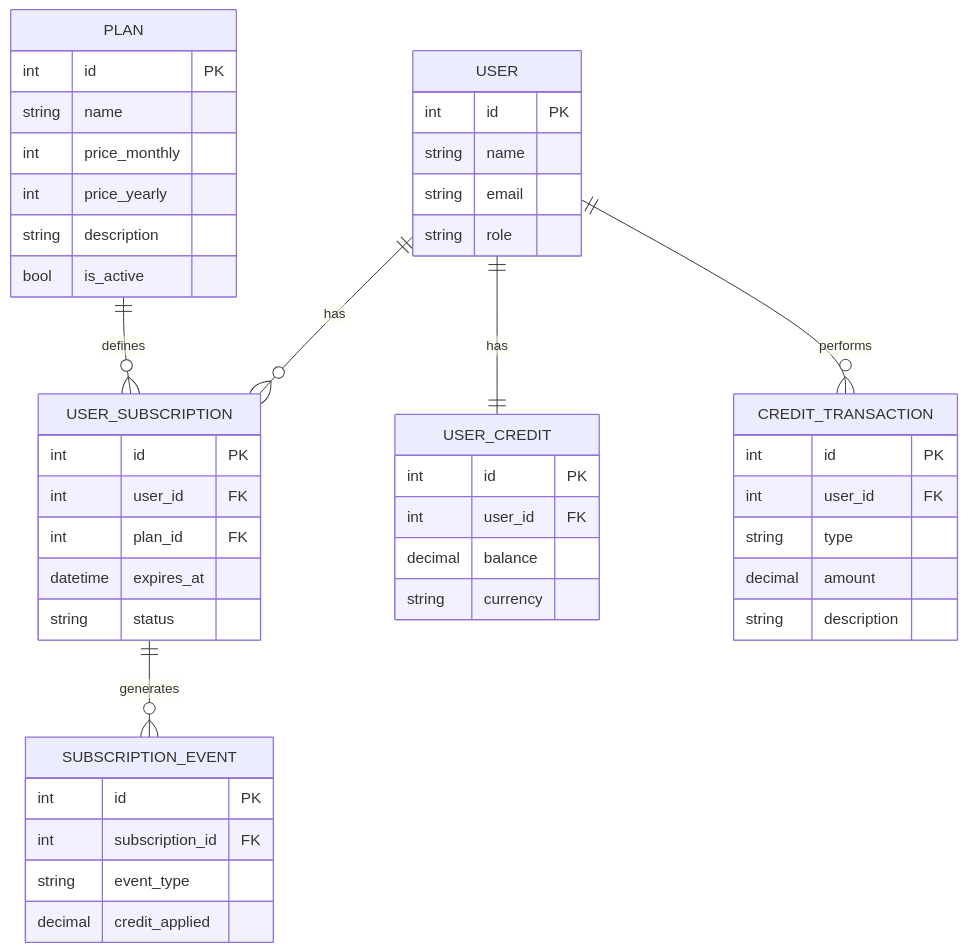
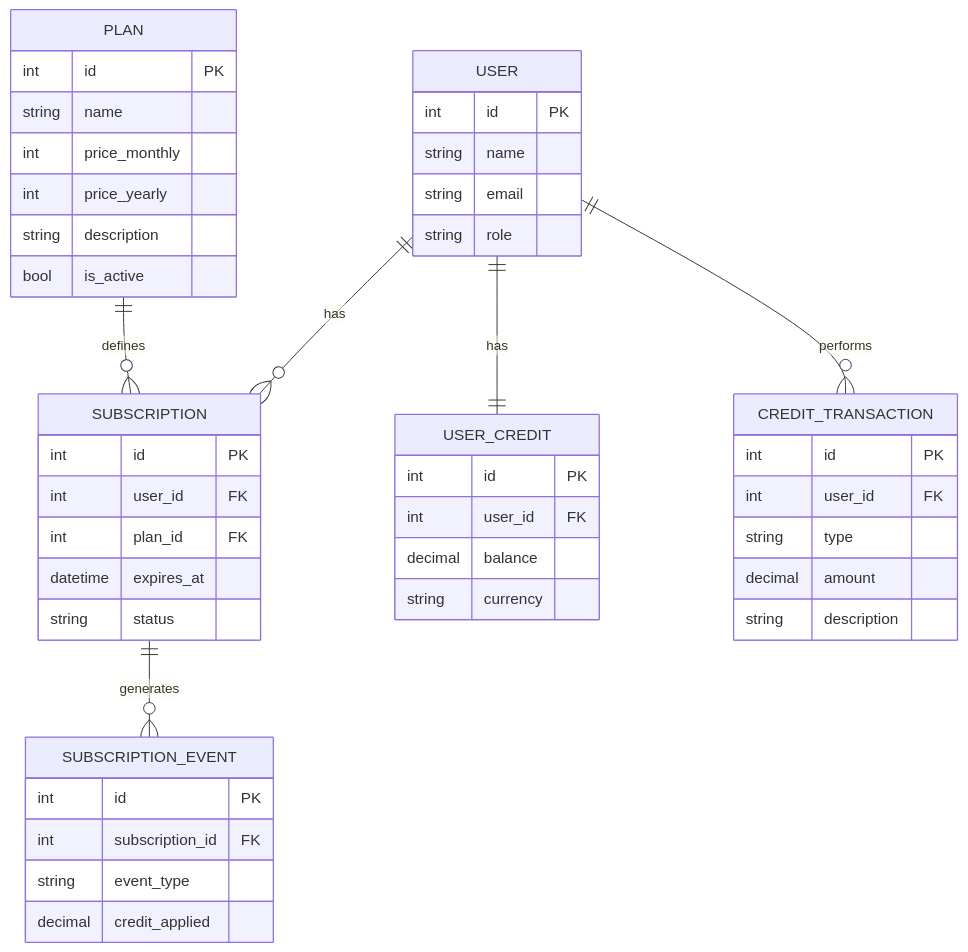
The diagram in docs/ideas/ERD.md (luidsonl/url-shortener-laravel-react), drawn with Mermaid before and after one commit. The commit also changed 6 other files, not shown here.

Commit message:
refact: rename UserSubscription to Subscription

````diff
--- a/docs/ideas/ERD.md
+++ b/docs/ideas/ERD.md
@@ -1,54 +1,54 @@
 ```mermaid
 erDiagram
-    USER ||--o{ USER_SUBSCRIPTION : has
+    USER ||--o{ SUBSCRIPTION : has
     USER ||--|| USER_CREDIT : has
     USER ||--o{ CREDIT_TRANSACTION : performs
-    PLAN ||--o{ USER_SUBSCRIPTION : defines
-    USER_SUBSCRIPTION ||--o{ SUBSCRIPTION_EVENT : generates
+    PLAN ||--o{ SUBSCRIPTION : defines
+    SUBSCRIPTION ||--o{ SUBSCRIPTION_EVENT : generates
     
     USER {
         int id PK
         string name
         string email
         string role
     }
     
     PLAN {
         int id PK
         string name
         int price_monthly
         int price_yearly
         string description
         bool is_active
     }
     
-    USER_SUBSCRIPTION {
+    SUBSCRIPTION {
         int id PK
         int user_id FK
         int plan_id FK
         datetime expires_at
         string status
     }
     
     USER_CREDIT {
         int id PK
         int user_id FK
         decimal balance
         string currency
     }
     
     CREDIT_TRANSACTION {
         int id PK
         int user_id FK
         string type
         decimal amount
         string description
     }
     
     SUBSCRIPTION_EVENT {
         int id PK
         int subscription_id FK
         string event_type
         decimal credit_applied
     }
 ```
````
